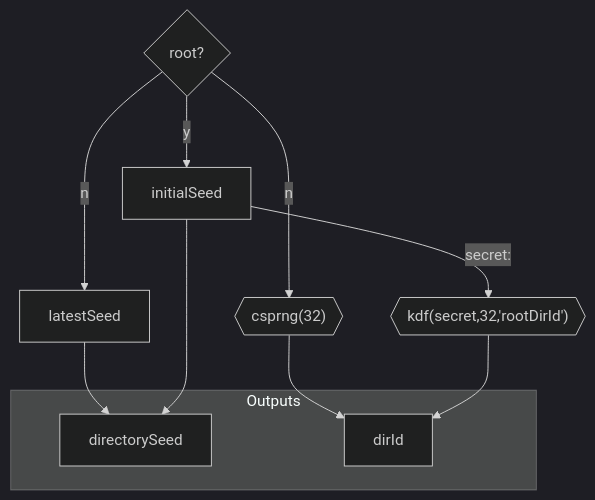
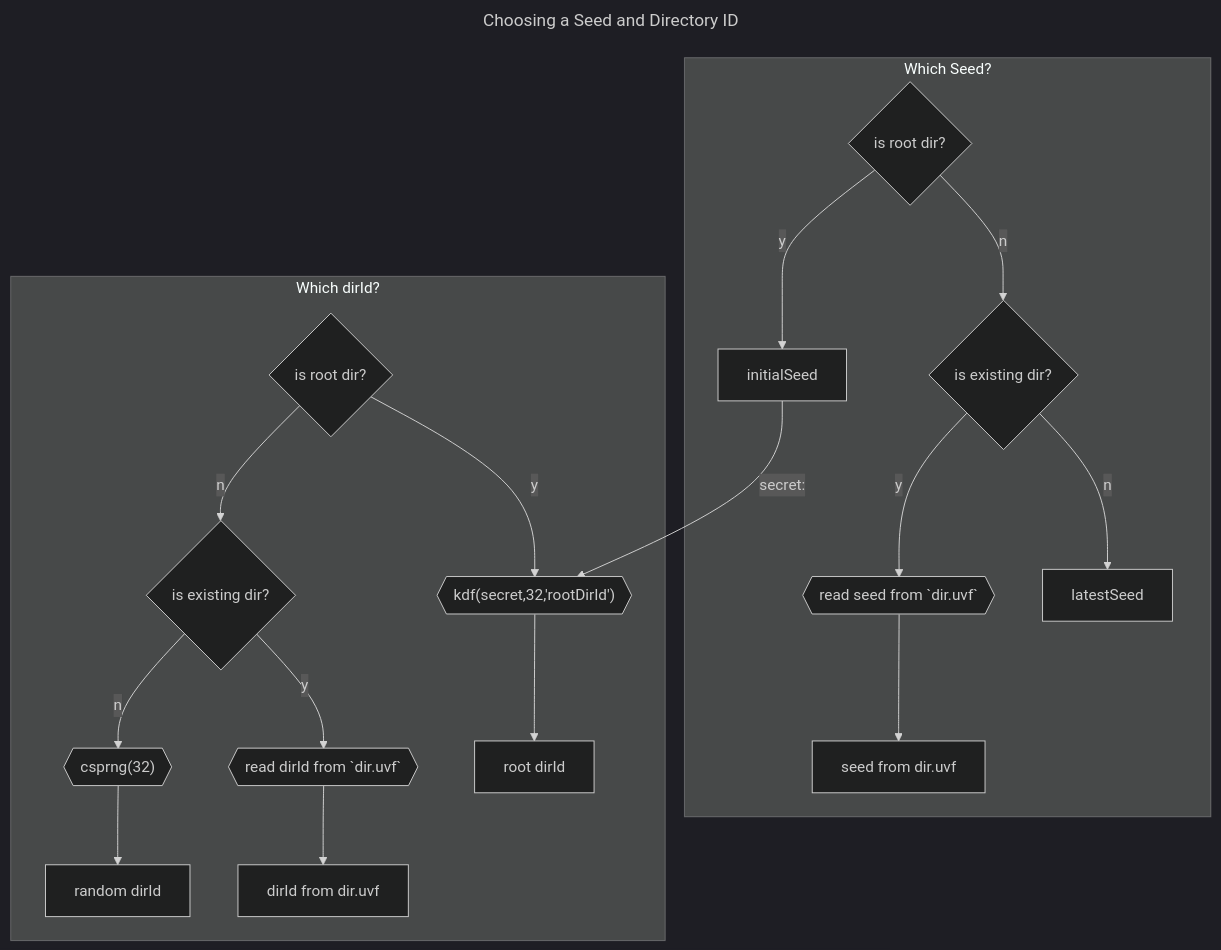
The first of 2 diagrams in file name encryption/AES-SIV-512-B64URL.md (encryption-alliance/unified-vault-format), drawn with Mermaid (dark theme) before and after one commit. The commit also changed other lines of this file, not shown here.

Commit message:
Apply suggestions from code review

````diff
--- a/file name encryption/AES-SIV-512-B64URL.md
+++ b/file name encryption/AES-SIV-512-B64URL.md
@@ -189,18 +189,38 @@
 ```mermaid
+---
+title: Choosing a Seed and Directory ID
+---
 flowchart TD
-    decision{root?}
-    decision -->|n| latestSeed
-    decision -->|n| csprng32
-    decision -->|y| initialSeed
-    latestSeed --> directorySeed
-    csprng32 --> dirId
-    csprng32{{"csprng(32)"}}
-    initialSeed --> directorySeed
-    initialSeed -->|secret:| kdfRootDirId
-    kdfRootDirId{{"kdf(secret,32,'rootDirId')"}}
-    kdfRootDirId --> dirId
-    subgraph Outputs
-        directorySeed
-        dirId
+    subgraph "Which Seed?"
+        isRoot1{is root dir?}
+        isRoot1 -->|y| initialSeed
+        isRoot1 -->|n| isExistingDir1
+
+        isExistingDir1{is existing dir?}
+        isExistingDir1 -->|y| readSeed
+        isExistingDir1 -->|n| latestSeed
+
+        readSeed{{"read seed from `dir.uvf`"}}
+        readSeed --> dirFileSeed[seed from dir.uvf]
+    end
+
+    subgraph "Which dirId?"
+        isRoot2{is root dir?}
+        isRoot2 -->|n| isExistingDir2
+        isRoot2 -->|y| kdfRootDirId
+
+        isExistingDir2{is existing dir?}
+        isExistingDir2 -->|y| readDirId
+        isExistingDir2 -->|n| csprng32
+        
+        csprng32 --> randomDirId[random dirId]
+        csprng32{{"csprng(32)"}}
+
+        initialSeed -->|secret:| kdfRootDirId    
+        kdfRootDirId{{"kdf(secret,32,'rootDirId')"}}
+        kdfRootDirId --> rootDirId[root dirId]
+
+        readDirId{{"read dirId from `dir.uvf`"}}
+        readDirId --> dirFileId[dirId from dir.uvf]
     end
 ```
````
